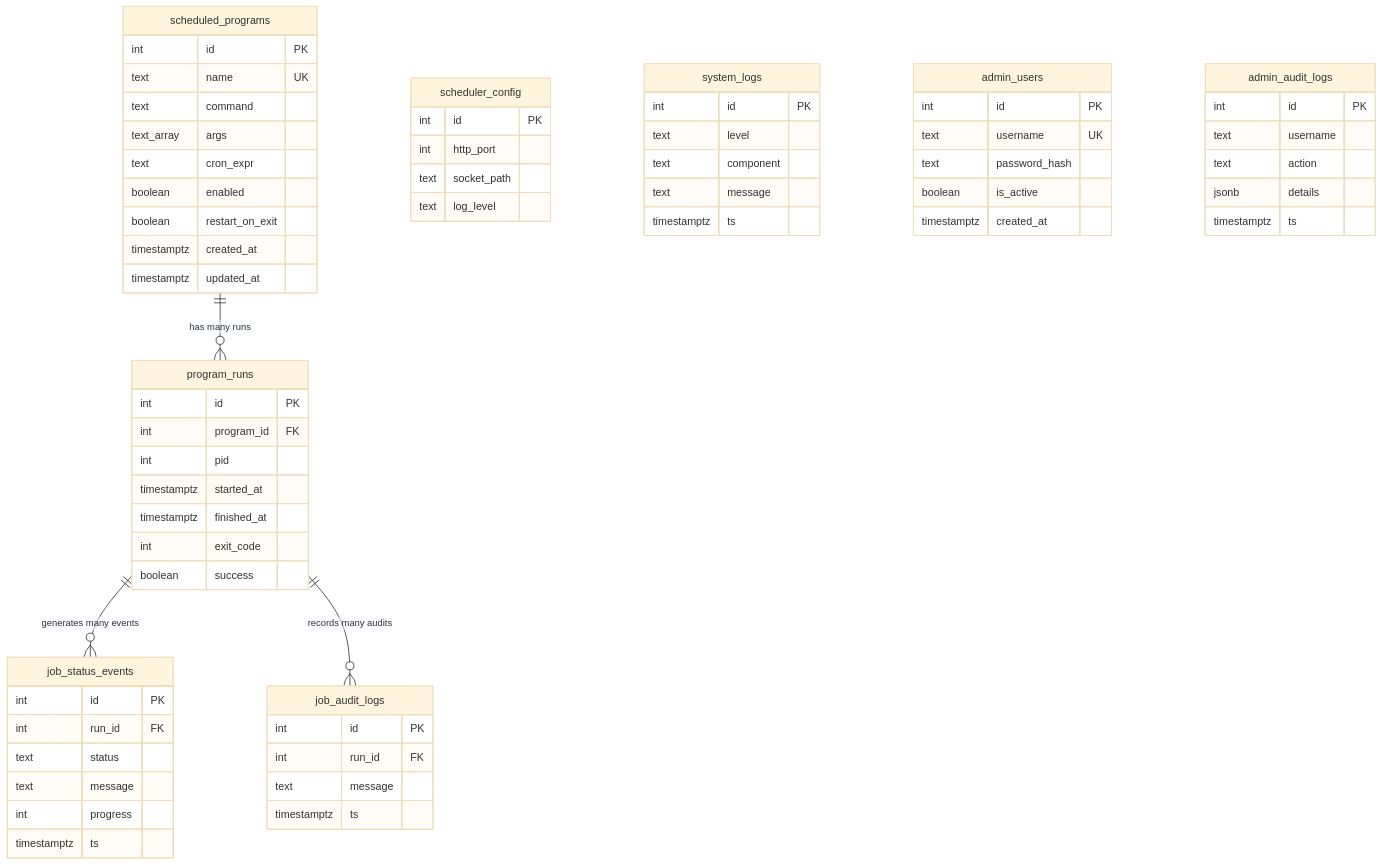
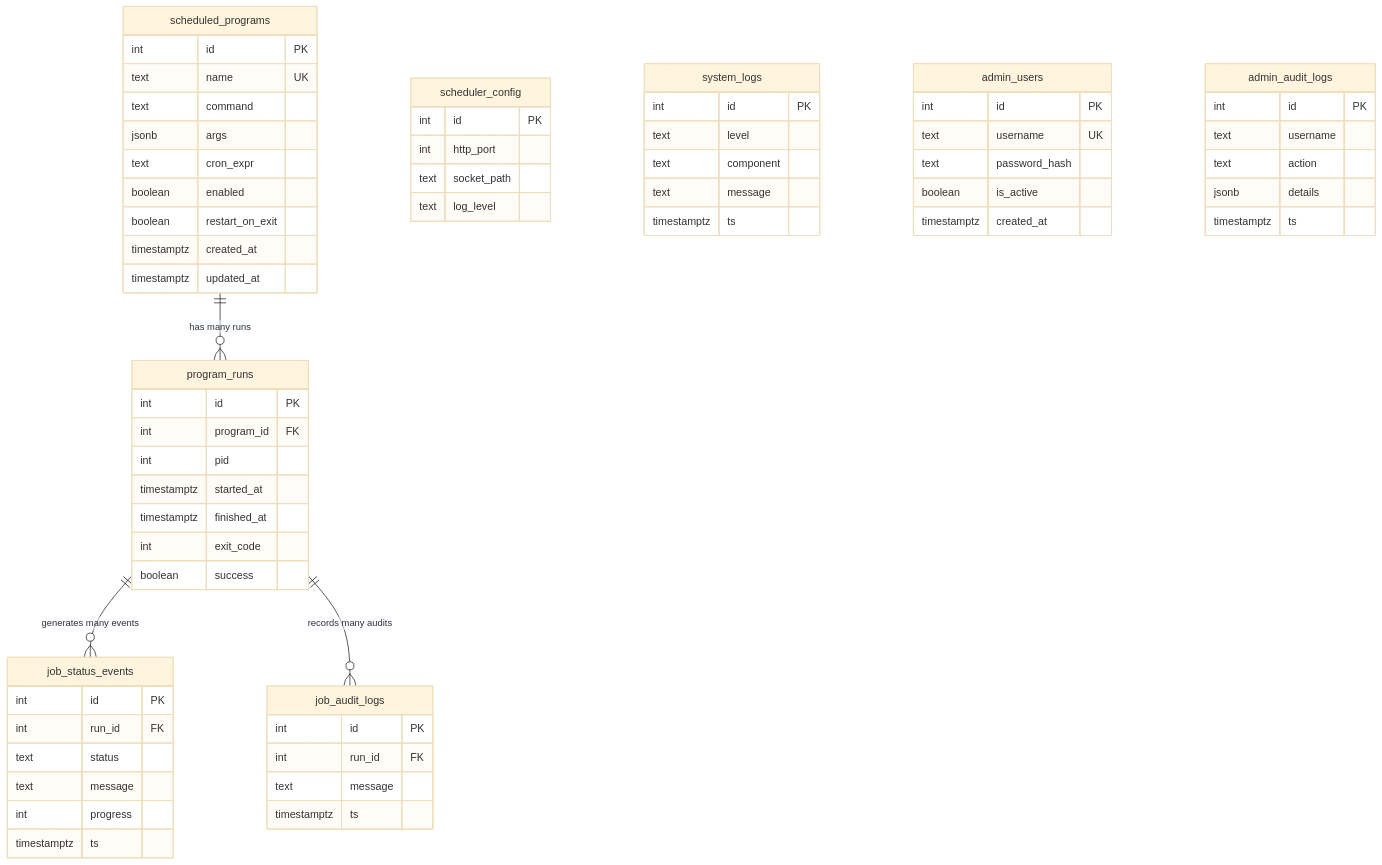
Before and after one commit to Zheng-Bote/go_scheduler: the diagram in docs/architecture/database_schema.md, drawn with Mermaid (base theme). The commit also changed other lines of this file, not shown here.

Commit message:
docs: update database schema documentation to reflect JSONB args

````diff
--- a/docs/architecture/database_schema.md
+++ b/docs/architecture/database_schema.md
@@ -11,75 +11,75 @@
 ```mermaid
 erDiagram
     scheduled_programs ||--o{ program_runs : "has many runs"
     program_runs ||--o{ job_status_events : "generates many events"
     program_runs ||--o{ job_audit_logs : "records many audits"
 
     scheduled_programs {
         int id PK
         text name UK
         text command
-        text_array args
+        jsonb args
         text cron_expr
         boolean enabled
         boolean restart_on_exit
         timestamptz created_at
         timestamptz updated_at
     }
 
     program_runs {
         int id PK
         int program_id FK
         int pid
         timestamptz started_at
         timestamptz finished_at
         int exit_code
         boolean success
     }
 
     job_status_events {
         int id PK
         int run_id FK
         text status
         text message
         int progress
         timestamptz ts
     }
 
     job_audit_logs {
         int id PK
         int run_id FK
         text message
         timestamptz ts
     }
 
     scheduler_config {
         int id PK
         int http_port
         text socket_path
         text log_level
     }
 
     system_logs {
         int id PK
         text level
         text component
         text message
         timestamptz ts
     }
 
     admin_users {
         int id PK
         text username UK
         text password_hash
         boolean is_active
         timestamptz created_at
     }
 
     admin_audit_logs {
         int id PK
         text username
         text action
         jsonb details
         timestamptz ts
     }
 ```
````
